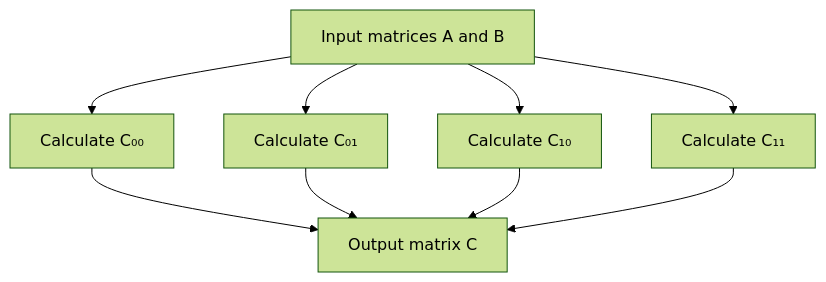
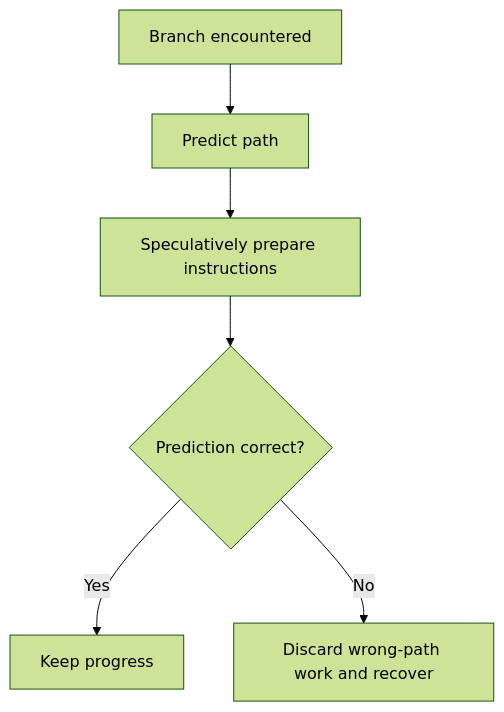
Before and after one commit to iqbalk89/Inference-Performance-Lab: diagram 15 of 26 in curriculum/phase-01-gpu-inference-foundations/modules/01-gpu-architecture/lessons/01-computing-and-parallelism-foundations.md, drawn with Mermaid (forest theme). The commit also changed other lines of this file and 1 other file, not shown here.

````diff
--- a/curriculum/phase-01-gpu-inference-foundations/modules/01-gpu-architecture/lessons/01-computing-and-parallelism-foundations.md
+++ b/curriculum/phase-01-gpu-inference-foundations/modules/01-gpu-architecture/lessons/01-computing-and-parallelism-foundations.md
@@ -221,12 +883,8 @@
 ```mermaid
 flowchart TD
-    A[Input matrices A and B]
-    A --> C00[Calculate C₀₀]
-    A --> C01[Calculate C₀₁]
-    A --> C10[Calculate C₁₀]
-    A --> C11[Calculate C₁₁]
-    C00 --> C[Output matrix C]
-    C01 --> C
-    C10 --> C
-    C11 --> C
+    B[Branch encountered] --> P[Predict path]
+    P --> S[Speculatively prepare instructions]
+    S --> C{Prediction correct?}
+    C -- Yes --> K[Keep progress]
+    C -- No --> D[Discard wrong-path work and recover]
 ```
````
